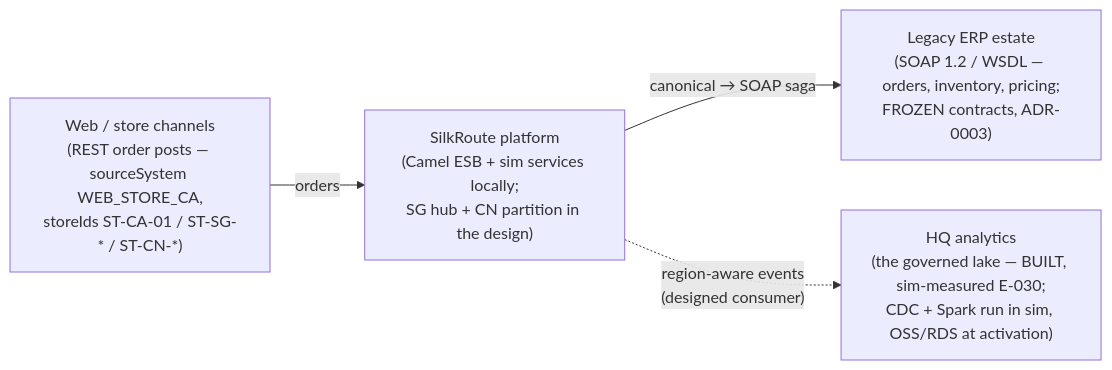
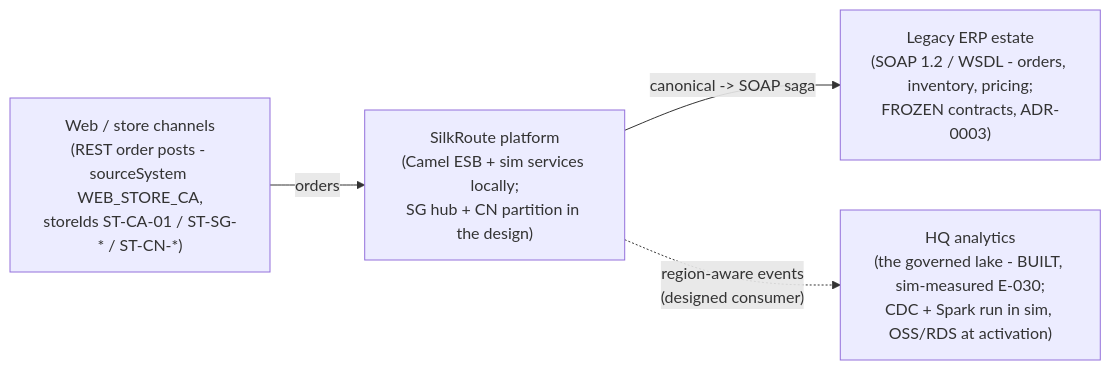
Before and after one commit to xenoaitham/silkroute: the first of 3 diagrams in docs/hld.md, drawn with Mermaid. The commit also changed other lines of this file and 163 other files, not shown here.

````diff
--- a/docs/hld.md
+++ b/docs/hld.md
@@ -23,11 +23,11 @@
 ```mermaid
 flowchart LR
-    ch1["Web / store channels<br/>(REST order posts — sourceSystem WEB_STORE_CA,<br/>storeIds ST-CA-01 / ST-SG-* / ST-CN-*)"]
-    ch2["HQ analytics<br/>(the governed lake — BUILT, sim-measured E-030;<br/>CDC + Spark run in sim, OSS/RDS at activation)"]
-    platform["SilkRoute platform<br/>(Camel ESB + sim services locally;<br/>SG hub + CN partition in the design)"]
-    erp["Legacy ERP estate<br/>(SOAP 1.2 / WSDL — orders, inventory, pricing;<br/>FROZEN contracts, ADR-0003)"]
+ ch1["Web / store channels<br/>(REST order posts - sourceSystem WEB_STORE_CA,<br/>storeIds ST-CA-01 / ST-SG-* / ST-CN-*)"]
+ ch2["HQ analytics<br/>(the governed lake - BUILT, sim-measured E-030;<br/>CDC + Spark run in sim, OSS/RDS at activation)"]
+ platform["SilkRoute platform<br/>(Camel ESB + sim services locally;<br/>SG hub + CN partition in the design)"]
+ erp["Legacy ERP estate<br/>(SOAP 1.2 / WSDL - orders, inventory, pricing;<br/>FROZEN contracts, ADR-0003)"]
 
-    ch1 -->|"orders"| platform
-    platform -->|"canonical → SOAP saga"| erp
-    platform -.->|"region-aware events<br/>(designed consumer)"| ch2
+ ch1 -->|"orders"| platform
+ platform -->|"canonical -> SOAP saga"| erp
+ platform -.->|"region-aware events<br/>(designed consumer)"| ch2
 ```
````
